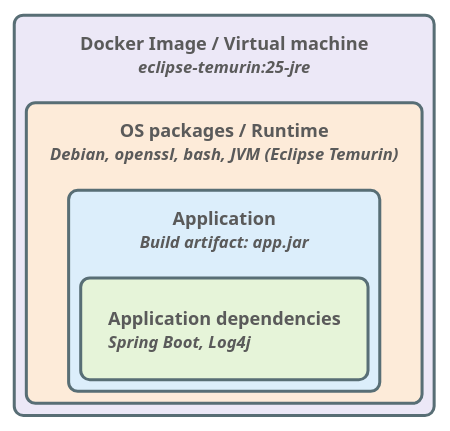
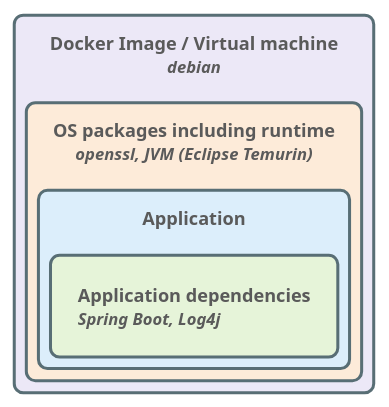
One commit to johanjanssen/Keep-Up-To-Date changed the diagram in Presentation/architecture-example.puml. Above: the diagram before and after it, drawn with PlantUML. The commit also changed 10 other files, not shown here.

```diff
--- a/Presentation/architecture-example.puml
+++ b/Presentation/architecture-example.puml
@@ -1,20 +1,20 @@
 @startuml
 !theme bluegray
 !pragma layout smetana
 skinparam backgroundColor transparent
 skinparam roundCorner 12
 skinparam rectangle {
     BorderColor #586e75
     FontStyle bold
 }
 
-rectangle "Docker Image / Virtual machine\n<size:11><i>eclipse-temurin:25-jre</i></size>" as vm #ECE8F7 {
-    rectangle "OS packages / Runtime\n<size:11><i>Debian, openssl, bash, JVM (Eclipse Temurin)</i></size>" as os #FDEBD9 {
-        rectangle "Application\n<size:11><i>Build artifact: app.jar</i></size>" as app #DCEEFB {
+rectangle "Docker Image / Virtual machine\n<size:11><i>debian</i></size>" as vm #ECE8F7 {
+    rectangle "OS packages including runtime\n<size:11><i>openssl, JVM (Eclipse Temurin)</i></size>" as os #FDEBD9 {
+        rectangle "Application" as app #DCEEFB {
             rectangle "Application dependencies\n<size:11><i>Spring Boot, Log4j</i></size>" as deps #E6F4D9 {
             }
         }
     }
 }
 
 @enduml
```
